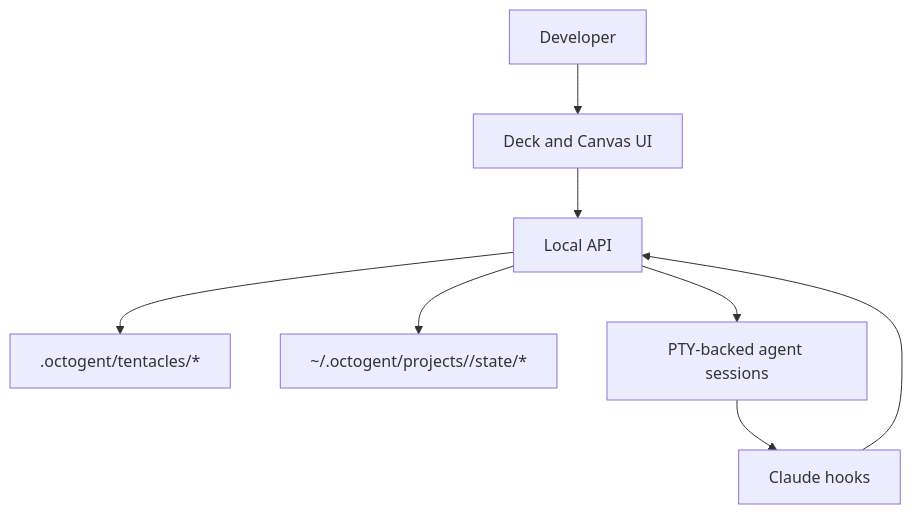
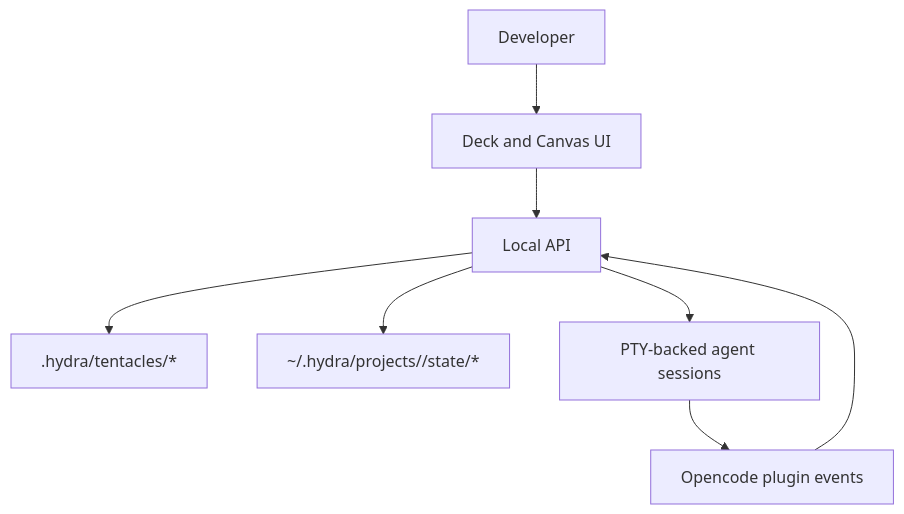
One commit to middleclassfiles/octopencode changed the diagram in docs/concepts/mental-model.md. Above: the diagram before and after it, drawn with Mermaid. The commit also changed other lines of this file and 138 other files, not shown here.

Commit message:
Port Hydra to opencode as the default agent workflow

````diff
--- a/docs/concepts/mental-model.md
+++ b/docs/concepts/mental-model.md
@@ -9,10 +9,10 @@
 ```mermaid
 flowchart TD
   Human[Developer] --> Deck[Deck and Canvas UI]
   Deck --> API[Local API]
-  API --> Files[".octogent/tentacles/*"]
-  API --> State["~/.octogent/projects/<id>/state/*"]
+  API --> Files[".hydra/tentacles/*"]
+  API --> State["~/.hydra/projects/<id>/state/*"]
   API --> PTY[PTY-backed agent sessions]
-  PTY --> Hooks[Claude hooks]
+  PTY --> Hooks[Opencode plugin events]
   Hooks --> API
 ```
````
